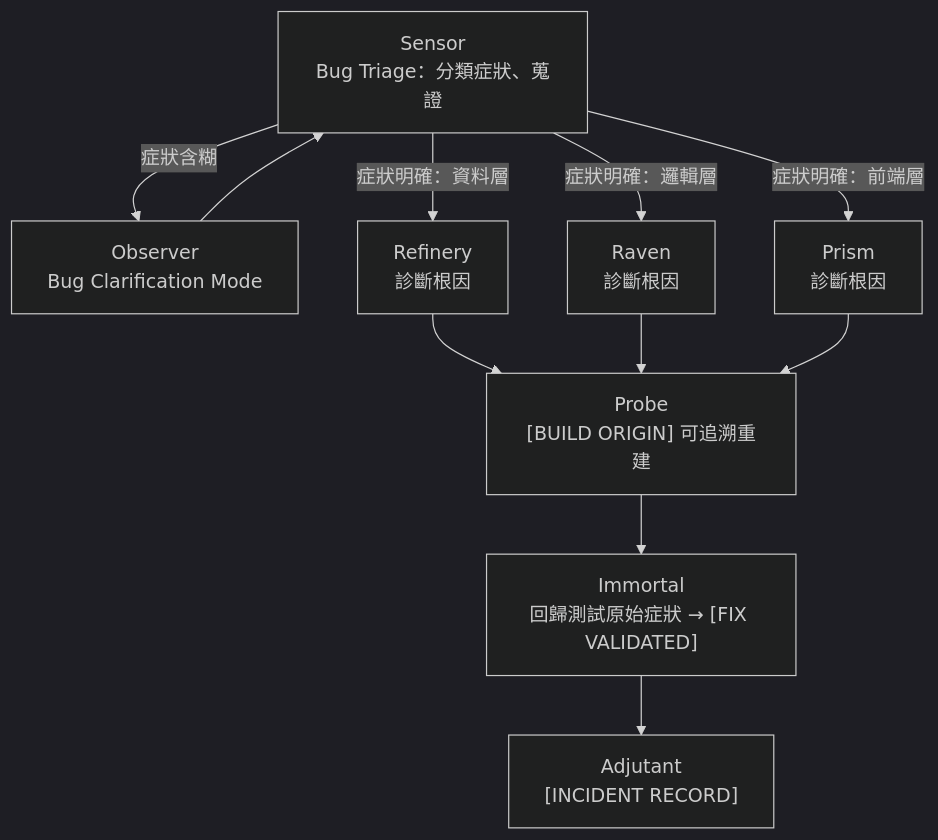
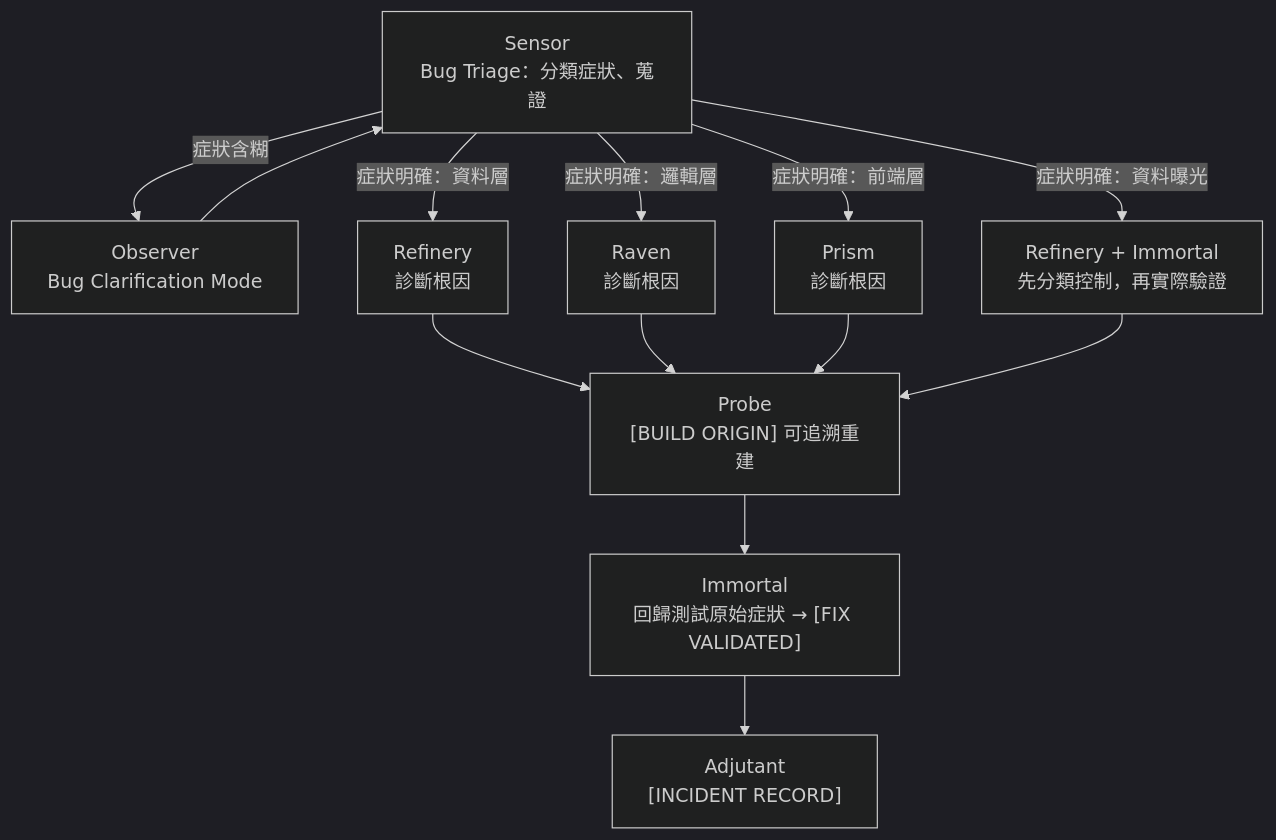
Before and after one commit to q0015300153/nova-skills: the second of 2 diagrams in README.zh-TW.md, drawn with Mermaid (dark theme). The commit also changed other lines of this file and 9 other files, not shown here.

````diff
--- a/README.zh-TW.md
+++ b/README.zh-TW.md
@@ -93,13 +112,15 @@
 ```mermaid
 flowchart TD
     S["Sensor<br/>Bug Triage：分類症狀、蒐證"] -->|症狀含糊| O["Observer<br/>Bug Clarification Mode"]
     O --> S
     S -->|症狀明確：資料層| R["Refinery<br/>診斷根因"]
     S -->|症狀明確：邏輯層| V["Raven<br/>診斷根因"]
     S -->|症狀明確：前端層| P["Prism<br/>診斷根因"]
+    S -->|症狀明確：資料曝光| X["Refinery + Immortal<br/>先分類控制，再實際驗證"]
     R --> B["Probe<br/>[BUILD ORIGIN] 可追溯重建"]
     V --> B
     P --> B
+    X --> B
     B --> I["Immortal<br/>回歸測試原始症狀 → [FIX VALIDATED]"]
     I --> A["Adjutant<br/>[INCIDENT RECORD]"]
 ```
````
